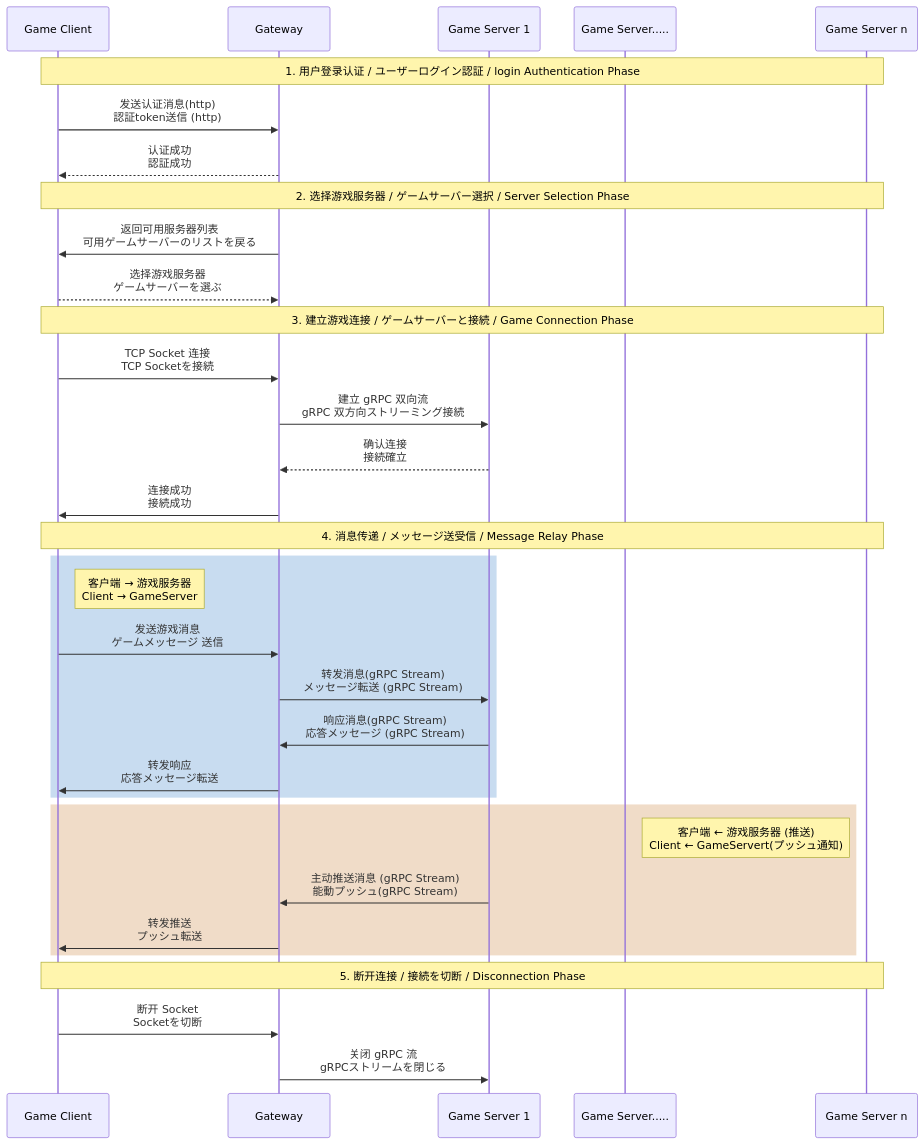
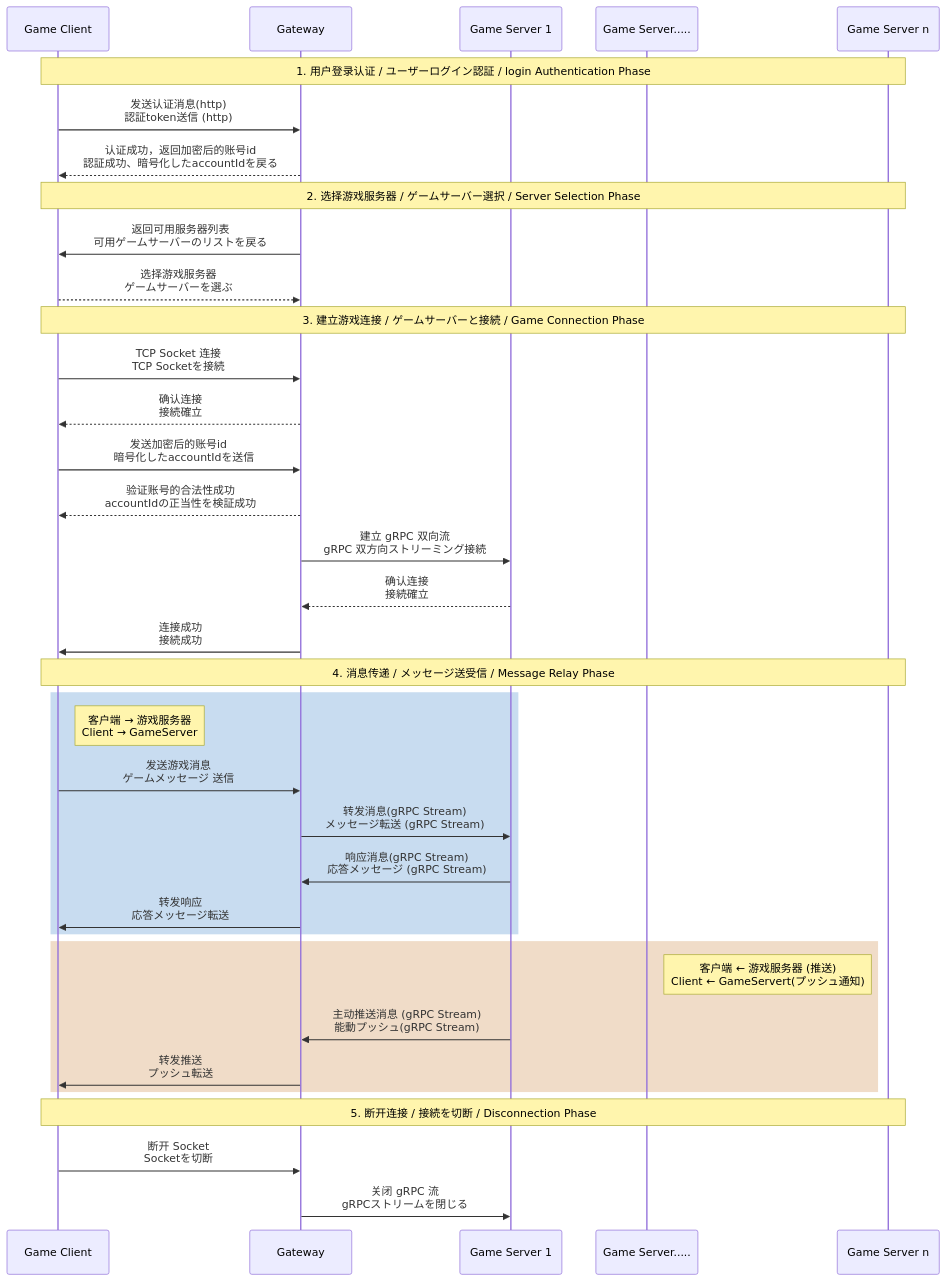
Before and after one commit to SSRITW/wand_sword_saga_ruby: the diagram in README.md, drawn with Mermaid. The commit also changed other lines of this file and 3 other files, not shown here.

````diff
--- a/README.md
+++ b/README.md
@@ -13,42 +13,45 @@
 ```mermaid
 sequenceDiagram
     participant Client as Game Client
     participant Gateway as Gateway
     participant GS1 as Game Server 1
     participant GS as Game Server.....
     participant GS2 as Game Server n
 
 
     Note over Client,GS2: 1. 用户登录认证 / ユーザーログイン認証 / login Authentication Phase
     Client->>Gateway: 发送认证消息(http) <br> 認証token送信 (http)
-    Gateway-->>Client: 认证成功 <br> 認証成功
+    Gateway-->>Client: 认证成功，返回加密后的账号id <br> 認証成功、暗号化したaccountIdを戻る
 
     Note over Client,GS2: 2. 选择游戏服务器 / ゲームサーバー選択 / Server Selection Phase
     Gateway->>Client: 返回可用服务器列表 <br> 可用ゲームサーバーのリストを戻る
     Client-->>Gateway: 选择游戏服务器 <br> ゲームサーバーを選ぶ
 
     Note over Client,GS2: 3. 建立游戏连接 / ゲームサーバーと接続 / Game Connection Phase
     Client->>Gateway: TCP Socket 连接 <br>TCP Socketを接続 
+    Gateway-->>Client: 确认连接 <br> 接続確立
+    Client->>Gateway: 发送加密后的账号id <br>　暗号化したaccountIdを送信
+    Gateway-->>Client: 验证账号的合法性成功 <br> accountIdの正当性を検証成功
     Gateway->>GS1: 建立 gRPC 双向流 <br> gRPC 双方向ストリーミング接続 
     GS1-->>Gateway: 确认连接 <br> 接続確立
     Gateway->>Client: 连接成功 <br> 接続成功
 
     Note over Client,GS2: 4. 消息传递 / メッセージ送受信 / Message Relay Phase
     rect rgb(200, 220, 240)
         Note right of Client: 客户端 → 游戏服务器<br> Client →  GameServer
         Client->>Gateway: 发送游戏消息 <br> ゲームメッセージ 送信
         Gateway->>GS1: 转发消息(gRPC Stream) <br> メッセージ転送 (gRPC Stream)
         GS1->>Gateway: 响应消息(gRPC Stream) <br> 応答メッセージ (gRPC Stream)
         Gateway->>Client: 转发响应 <br> 応答メッセージ転送 
     end
 
     rect rgb(240, 220, 200)
         Note right of GS: 客户端 ← 游戏服务器 (推送)<br> Client ← GameServert(プッシュ通知)
         GS1->>Gateway: 主动推送消息 (gRPC Stream)<br>能動プッシュ(gRPC Stream)
         Gateway->>Client: 转发推送<br>プッシュ転送
     end
 
     Note over Client,GS2: 5. 断开连接 /  接続を切断 / Disconnection Phase
     Client->>Gateway: 断开 Socket<br>Socketを切断
     Gateway->>GS1: 关闭 gRPC 流<br>gRPCストリームを閉じる
 ```
````
